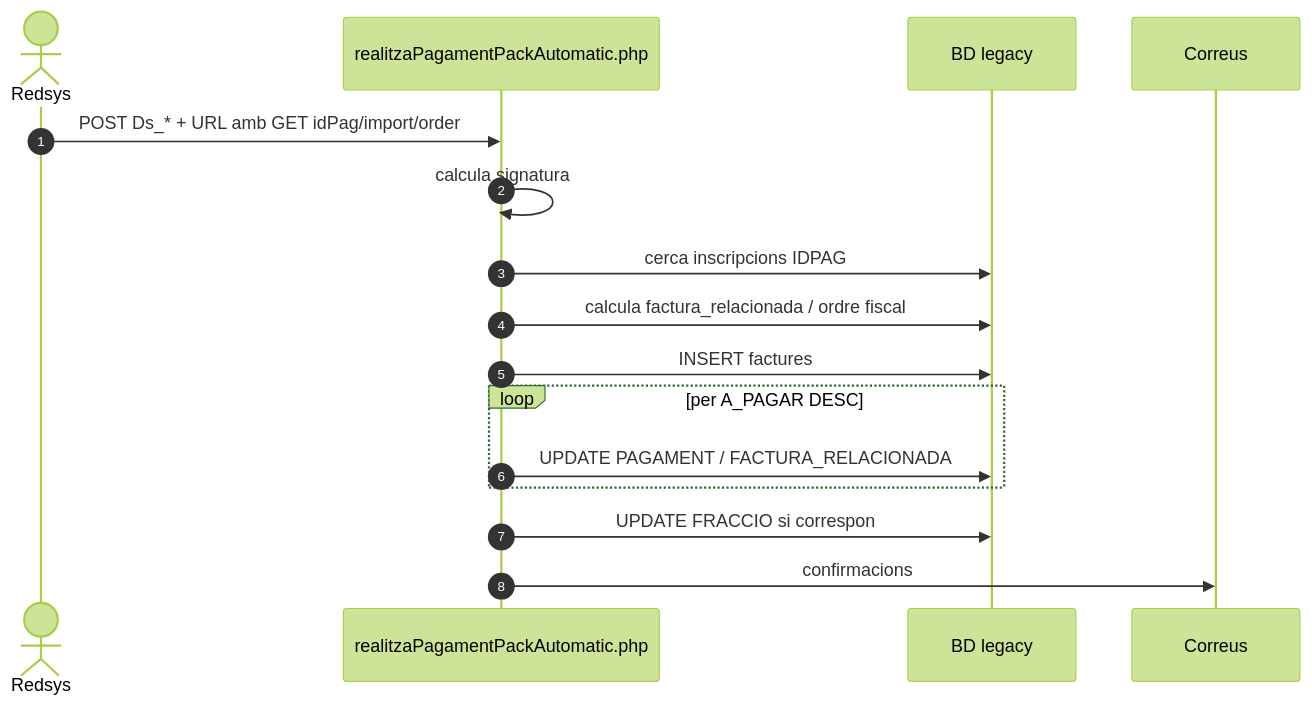
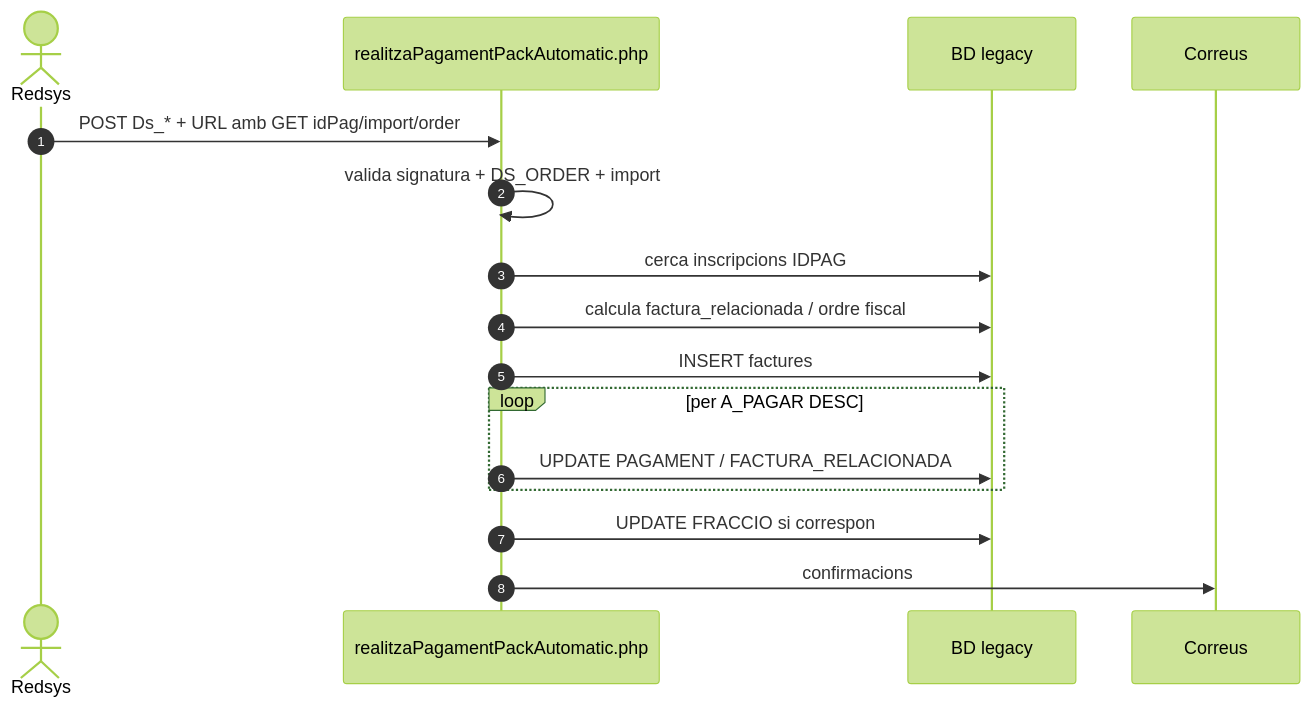
One commit to orgmeriemprismacat-del/verifactu changed the second of 5 diagrams in documentacio/07-uml-integrat/uc-015-sequencies-actual-final.md. Above: the diagram before and after it, drawn with Mermaid (forest theme). The commit also changed other lines of this file, not shown here.

````diff
--- a/documentacio/07-uml-integrat/uc-015-sequencies-actual-final.md
+++ b/documentacio/07-uml-integrat/uc-015-sequencies-actual-final.md
@@ -43,19 +44,19 @@
 ```mermaid
 sequenceDiagram
 autonumber
 actor R as Redsys
 participant CB as realitzaPagamentPackAutomatic.php
 participant DB as BD legacy
 participant Mail as Correus
 
 R->>CB: POST Ds_* + URL amb GET idPag/import/order
-CB->>CB: calcula signatura
+CB->>CB: valida signatura + DS_ORDER + import
 CB->>DB: cerca inscripcions IDPAG
 CB->>DB: calcula factura_relacionada / ordre fiscal
 CB->>DB: INSERT factures
 loop per A_PAGAR DESC
  CB->>DB: UPDATE PAGAMENT / FACTURA_RELACIONADA
 end
 CB->>DB: UPDATE FRACCIO si correspon
 CB->>Mail: confirmacions
 ```
````
